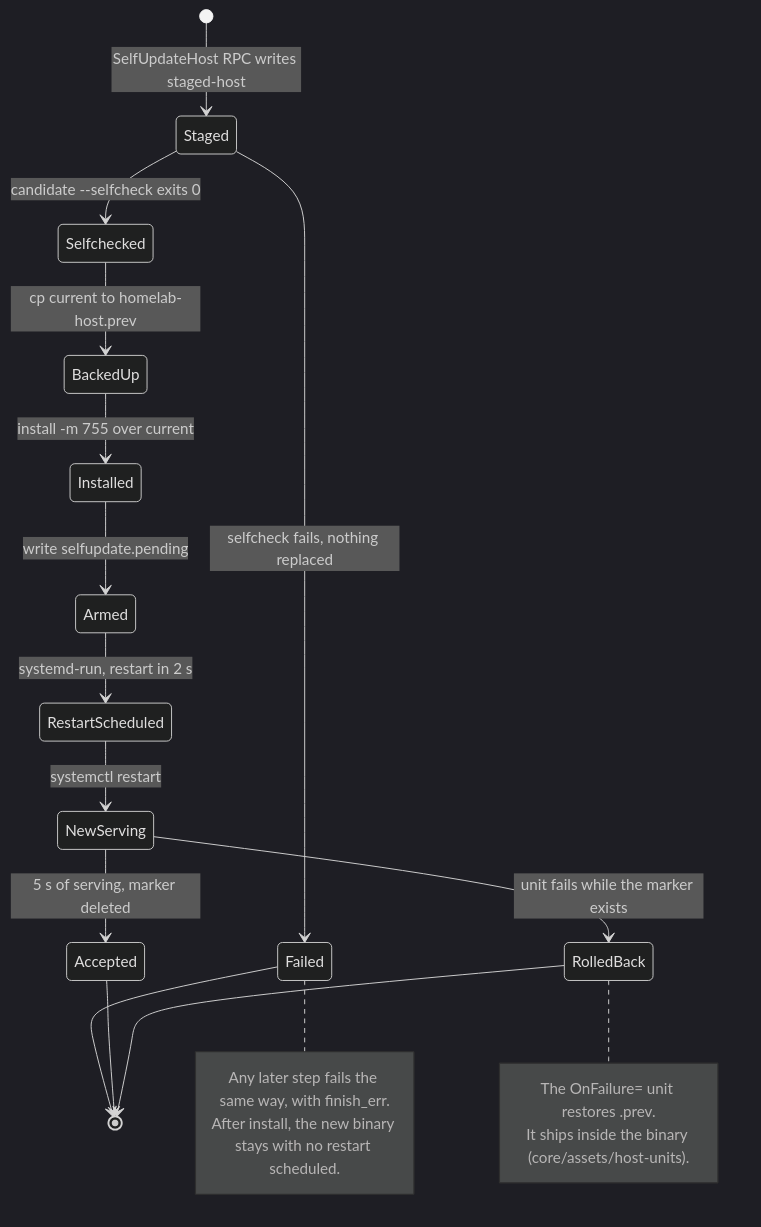
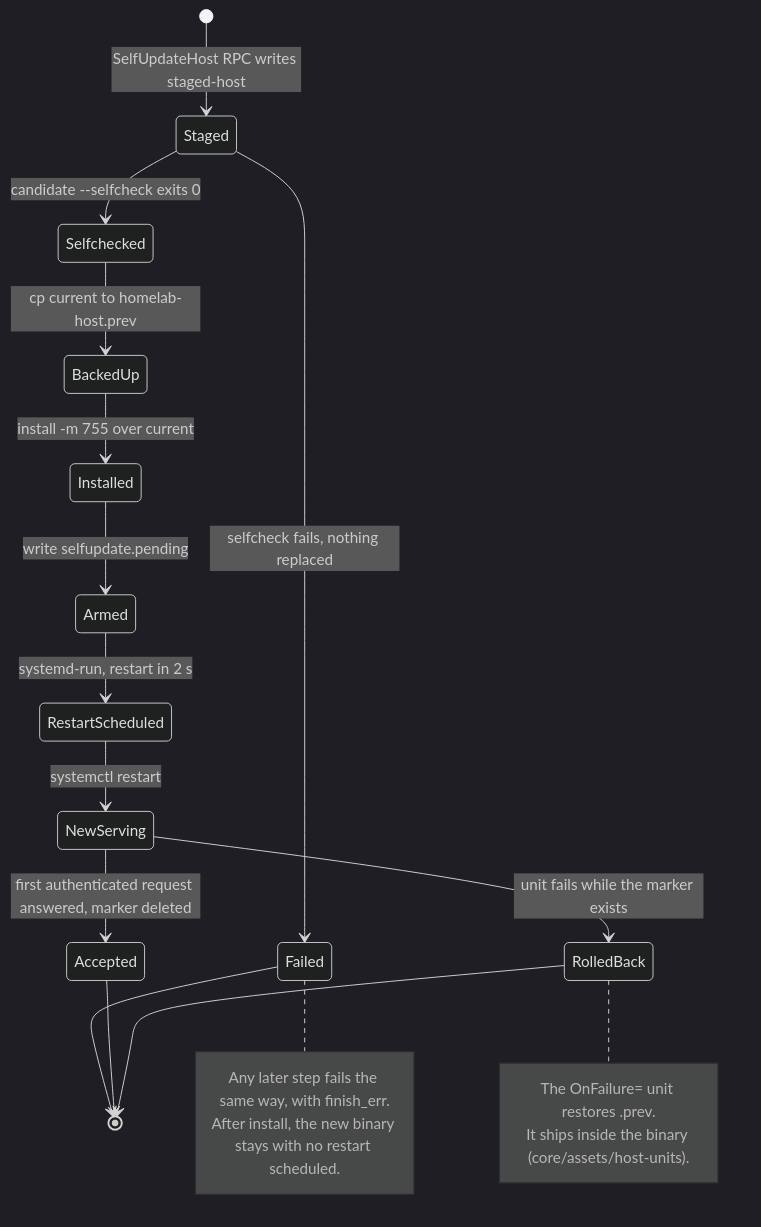
The fifth of 5 diagrams in docs/ARCHITECTURE_REFERENCE.md (kennypassenier/homelab), drawn with Mermaid (dark theme) before and after one commit. The commit also changed other lines of this file and 9 other files, not shown here.

First line of the commit message:
fix: accept a self-update by an answered request; the client waits [fix-121]

````diff
--- a/docs/ARCHITECTURE_REFERENCE.md
+++ b/docs/ARCHITECTURE_REFERENCE.md
@@ -422,25 +425,25 @@
 ```mermaid
 stateDiagram-v2
     direction TB
     [*] --> Staged: SelfUpdateHost RPC writes staged-host
     Staged --> Failed: selfcheck fails, nothing replaced
     Staged --> Selfchecked: candidate --selfcheck exits 0
     Selfchecked --> BackedUp: cp current to homelab-host.prev
     BackedUp --> Installed: install -m 755 over current
     Installed --> Armed: write selfupdate.pending
     Armed --> RestartScheduled: systemd-run, restart in 2 s
     RestartScheduled --> NewServing: systemctl restart
-    NewServing --> Accepted: 5 s of serving, marker deleted
+    NewServing --> Accepted: first authenticated request answered, marker deleted
     NewServing --> RolledBack: unit fails while the marker exists
     Failed --> [*]
     Accepted --> [*]
     RolledBack --> [*]
     note right of Failed
         Any later step fails the same way, with finish_err.
         After install, the new binary stays with no restart scheduled.
     end note
     note right of RolledBack
         The OnFailure= unit restores .prev.
         It ships inside the binary (core/assets/host-units).
     end note
 ```
````
